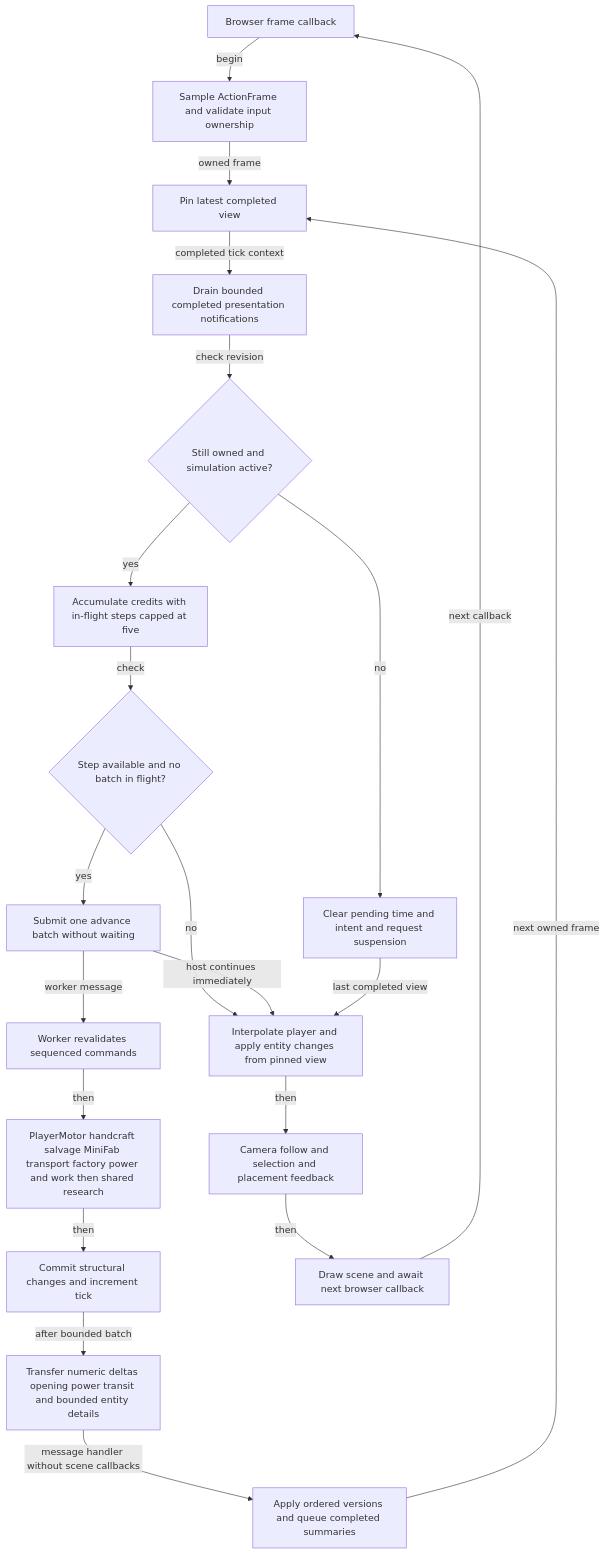
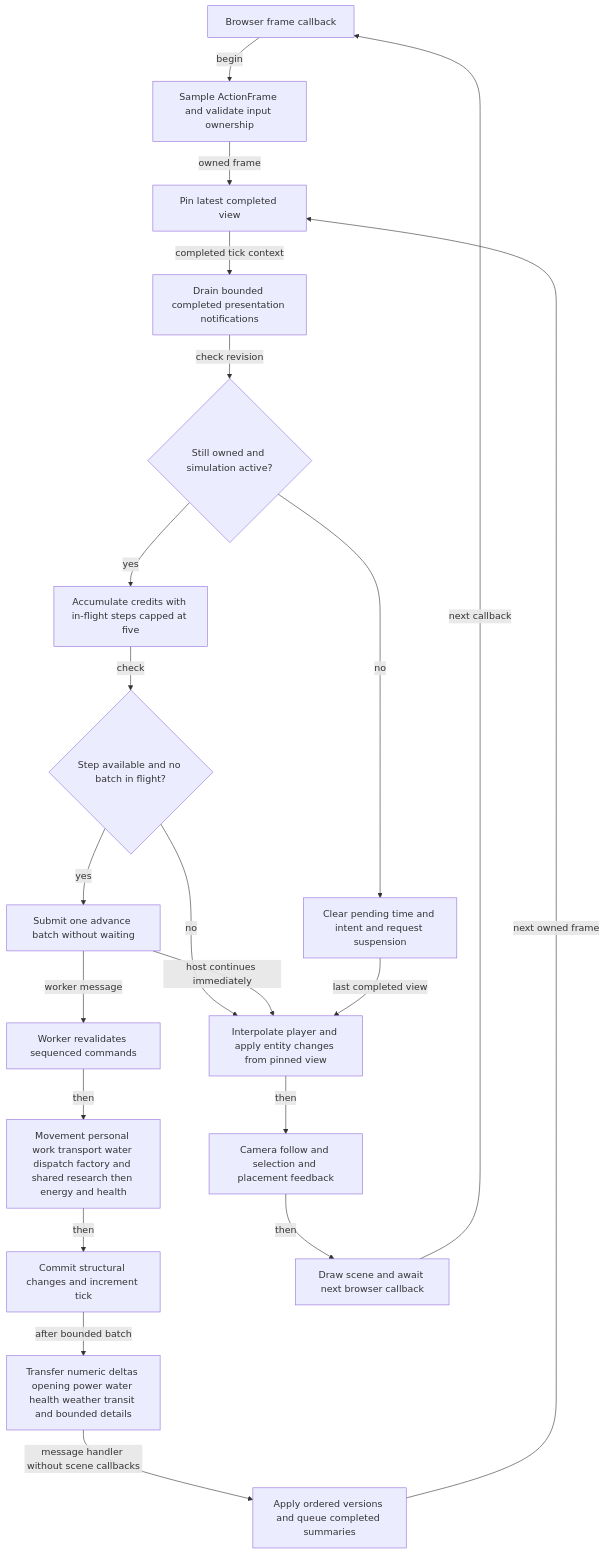
The second of 5 diagrams in docs/plans/README.md (Googlproxer/Scrapworks), drawn with Mermaid before and after one commit. The commit also changed other lines of this file and 94 other files, not shown here.

First line of the commit message:
Implement M8 restoration, water networks and energy choices

````diff
--- a/docs/plans/README.md
+++ b/docs/plans/README.md
@@ -172,40 +172,40 @@
 ```mermaid
 flowchart TB
     Frame[Browser frame callback]
     Input[Sample ActionFrame and validate input ownership]
     Pin[Pin latest completed view]
     Hooks[Drain bounded completed presentation notifications]
     Active{Still owned and simulation active?}
     Pause[Clear pending time and intent and request suspension]
     Credits[Accumulate credits with in-flight steps capped at five]
     Available{Step available and no batch in flight?}
     Send[Submit one advance batch without waiting]
     Commands[Worker revalidates sequenced commands]
-    Systems[PlayerMotor handcraft salvage MiniFab transport factory power and work then shared research]
+    Systems[Movement personal work transport water dispatch factory and shared research then energy and health]
     Commit[Commit structural changes and increment tick]
-    Publish[Transfer numeric deltas opening power transit and bounded entity details]
+    Publish[Transfer numeric deltas opening power water health weather transit and bounded details]
     Cache[Apply ordered versions and queue completed summaries]
     Present[Interpolate player and apply entity changes from pinned view]
     Feedback[Camera follow and selection and placement feedback]
     Draw[Draw scene and await next browser callback]
     Frame -->|begin| Input
     Input -->|owned frame| Pin
     Pin -->|completed tick context| Hooks
     Hooks -->|check revision| Active
     Active -->|no| Pause
     Active -->|yes| Credits
     Credits -->|check| Available
     Available -->|yes| Send
     Send -->|worker message| Commands
     Commands -->|then| Systems
     Systems -->|then| Commit
     Commit -->|after bounded batch| Publish
     Publish -->|message handler without scene callbacks| Cache
     Cache -->|next owned frame| Pin
     Available -->|no| Present
     Send -->|host continues immediately| Present
     Pause -->|last completed view| Present
     Present -->|then| Feedback
     Feedback -->|then| Draw
     Draw -->|next callback| Frame
 ```
````
